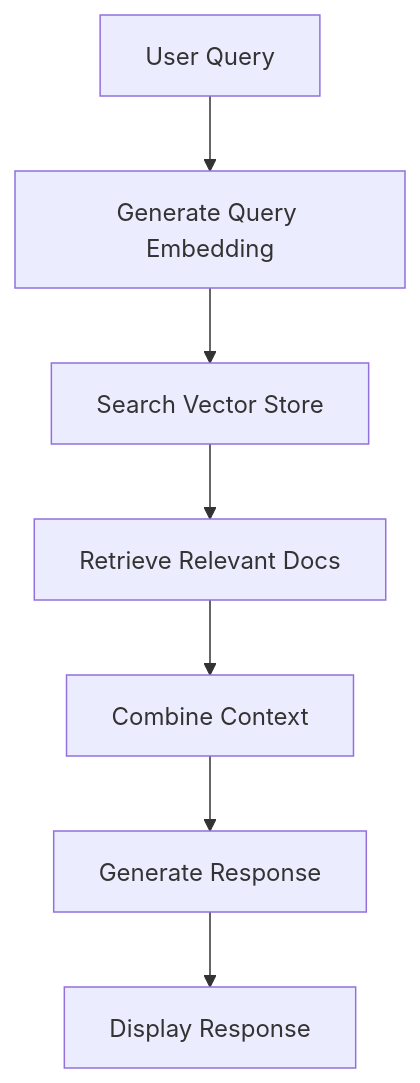
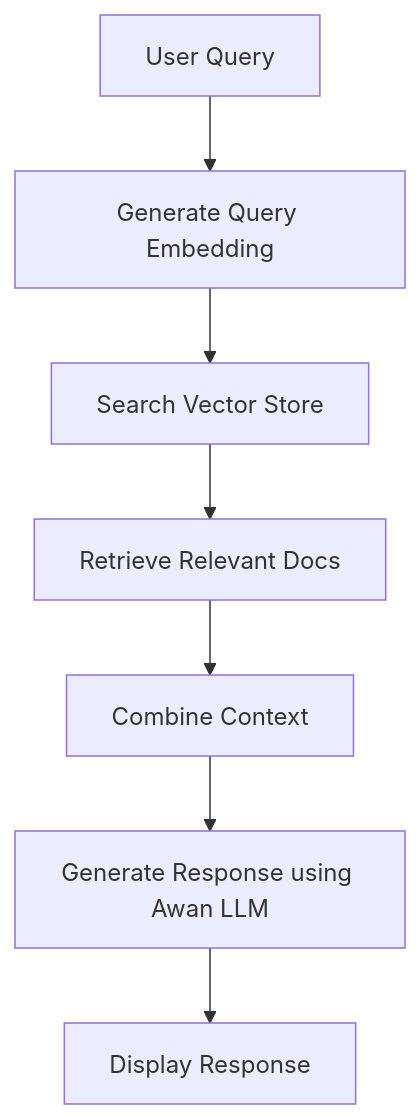
Before and after one commit to omkarudawant/sheldor: the second of 2 diagrams in ARCHITECTURE.md, drawn with Mermaid. The commit also changed other lines of this file and 4 other files, not shown here.

First line of the commit message:
Switch from Ollama to Awan LLM for chat completion

````diff
--- a/ARCHITECTURE.md
+++ b/ARCHITECTURE.md
@@ -78,9 +78,9 @@
 ```mermaid
 graph TD
     A[User Query] --> B[Generate Query Embedding]
     B --> C[Search Vector Store]
     C --> D[Retrieve Relevant Docs]
     D --> E[Combine Context]
-    E --> F[Generate Response]
+    E --> F[Generate Response using Awan LLM]
     F --> G[Display Response]
 ```
````
